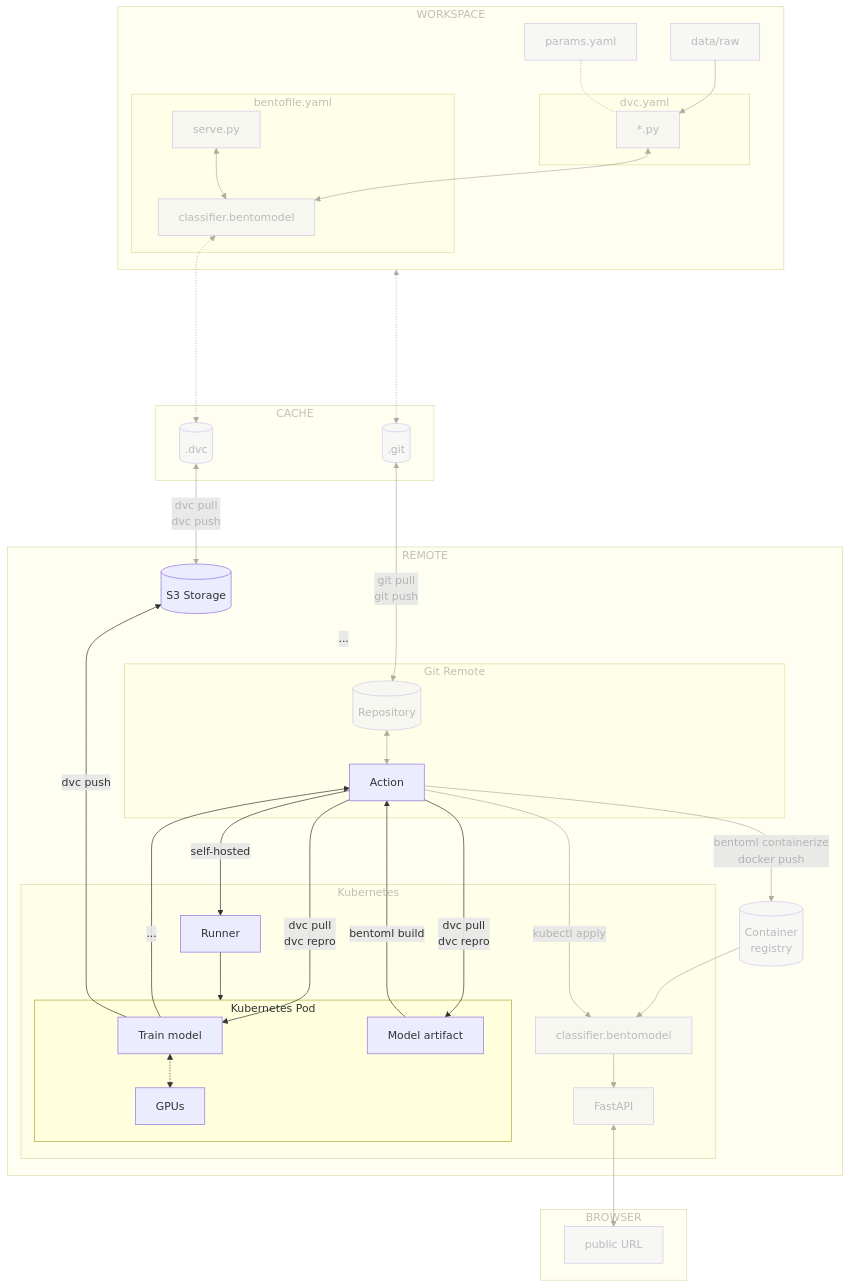
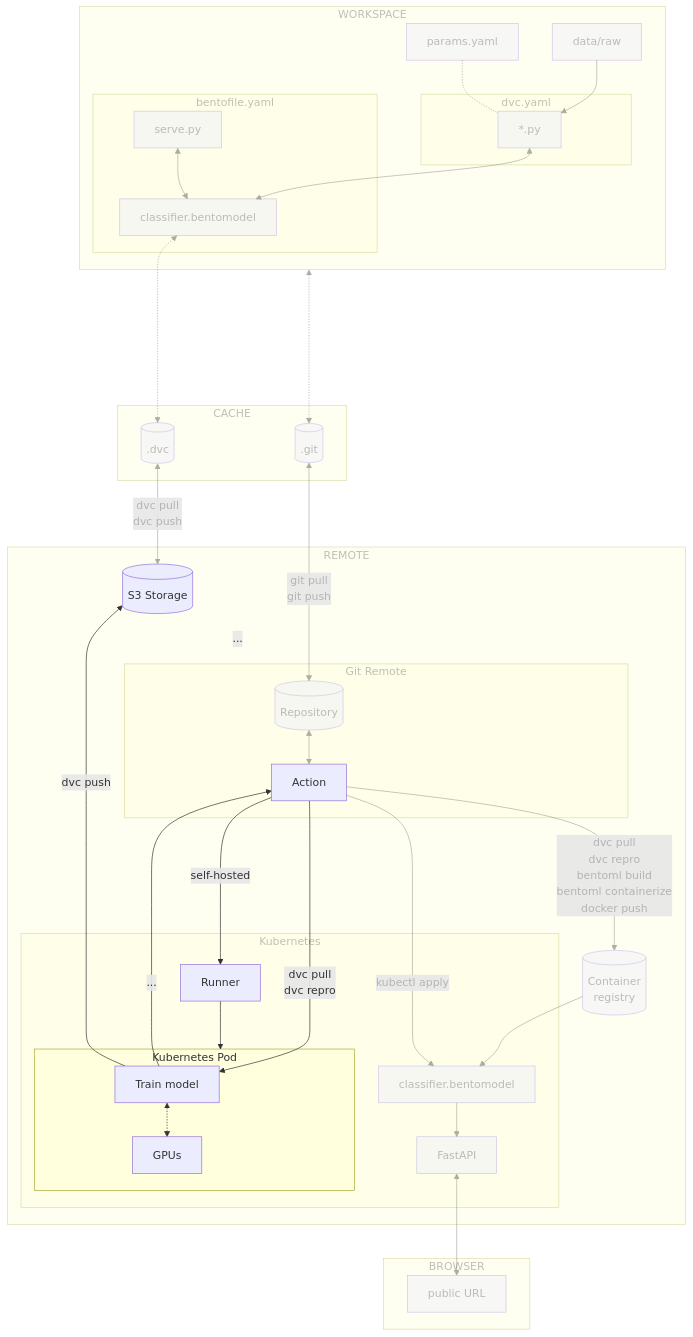
Before and after one commit to swiss-ai-center/a-guide-to-mlops: the diagram in docs/part-3-serve-and-deploy-the-model/chapter-17-train-the-model-on-a-kubernetes-pod.md, drawn with Mermaid. The commit also changed other lines of this file and 1 other file, not shown here.

Commit message:
Update graph and content

````diff
--- a/docs/part-3-serve-and-deploy-the-model/chapter-17-train-the-model-on-a-kubernetes-pod.md
+++ b/docs/part-3-serve-and-deploy-the-model/chapter-17-train-the-model-on-a-kubernetes-pod.md
@@ -61,22 +61,21 @@
         subgraph gitGraph[Git Remote]
             repository[(Repository)] <--> action[Action]
         end
-        action --> |bentoml containerize
+        action --> |dvc pull
+                    dvc repro
+                    bentoml build
+                    bentoml containerize
                     docker push|registry
         s3_storage -.- |...|repository
         subgraph clusterGraph[Kubernetes]
             subgraph clusterPodGraph[Kubernetes Pod]
                 pod_train[Train model] <-.-> k8s_gpu[GPUs]
-                bento_artifact[Model artifact]
             end
             pod_runner[Runner] --> clusterPodGraph
-            action --> |dvc pull
-                        dvc repro|bento_artifact
             action -->|dvc pull
                        dvc repro| pod_train
             bento_service_cluster[classifier.bentomodel] --> k8s_fastapi[FastAPI]
         end
-        bento_artifact -->|bentoml build|action
         action --> |self-hosted|pod_runner
         pod_train -->|...| action
         pod_train -->|dvc push| s3_storage
@@ -121,8 +120,8 @@
     linkStyle 8 opacity:0.4,color:#7f7f7f80
     linkStyle 9 opacity:0.4,color:#7f7f7f80
     linkStyle 10 opacity:0.0
-    linkStyle 15 opacity:0.4,color:#7f7f7f80
+    linkStyle 14 opacity:0.4,color:#7f7f7f80
+    linkStyle 18 opacity:0.4,color:#7f7f7f80
+    linkStyle 19 opacity:0.4,color:#7f7f7f80
     linkStyle 20 opacity:0.4,color:#7f7f7f80
-    linkStyle 21 opacity:0.4,color:#7f7f7f80
-    linkStyle 22 opacity:0.4,color:#7f7f7f80
 ```
````
